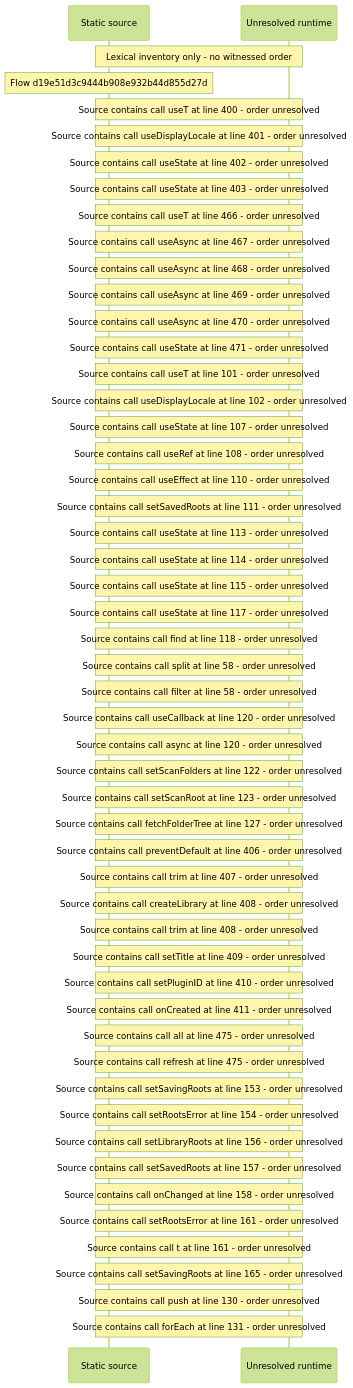
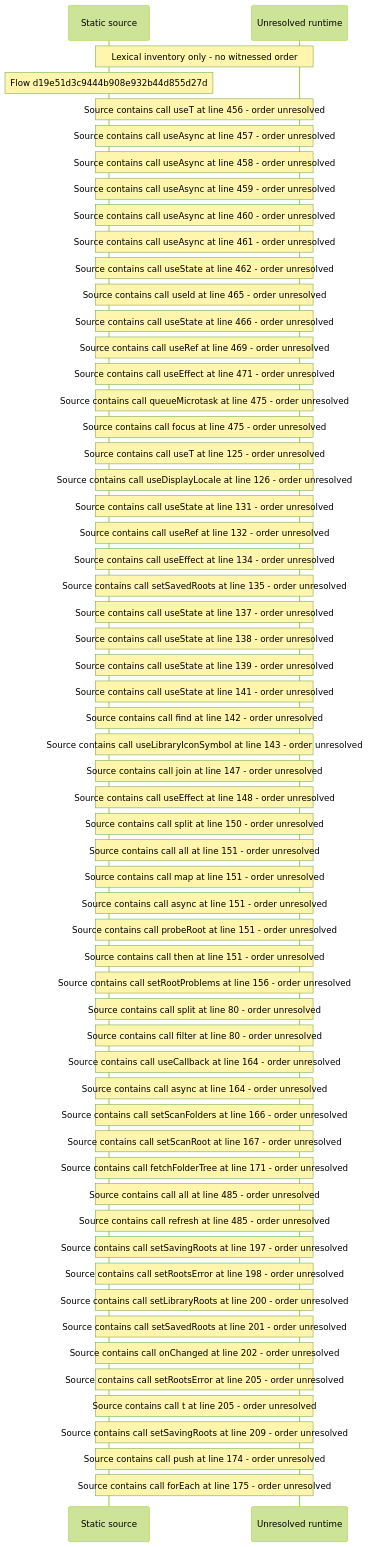
Before and after one commit to beamfall/core: the diagram in docs/web/flows/generated/d19e51d3c9444b908e932b44d855d27d/flow-diagram.md, drawn with Mermaid (forest theme). The commit also changed other lines of this file and 714 other files, not shown here.

Commit message:
Regenerate the web flow record on the batch 5 head (CORE-1762)

````diff
--- a/docs/web/flows/generated/d19e51d3c9444b908e932b44d855d27d/flow-diagram.md
+++ b/docs/web/flows/generated/d19e51d3c9444b908e932b44d855d27d/flow-diagram.md
@@ -10,54 +10,60 @@
 ```mermaid
 sequenceDiagram
     participant S as Static source
     participant U as Unresolved runtime
     Note over S,U: Lexical inventory only - no witnessed order
     Note over S: Flow d19e51d3c9444b908e932b44d855d27d
-    Note over S,U: Source contains call useT at line 400 - order unresolved
-    Note over S,U: Source contains call useDisplayLocale at line 401 - order unresolved
-    Note over S,U: Source contains call useState at line 402 - order unresolved
-    Note over S,U: Source contains call useState at line 403 - order unresolved
-    Note over S,U: Source contains call useT at line 466 - order unresolved
-    Note over S,U: Source contains call useAsync at line 467 - order unresolved
-    Note over S,U: Source contains call useAsync at line 468 - order unresolved
-    Note over S,U: Source contains call useAsync at line 469 - order unresolved
-    Note over S,U: Source contains call useAsync at line 470 - order unresolved
-    Note over S,U: Source contains call useState at line 471 - order unresolved
-    Note over S,U: Source contains call useT at line 101 - order unresolved
-    Note over S,U: Source contains call useDisplayLocale at line 102 - order unresolved
-    Note over S,U: Source contains call useState at line 107 - order unresolved
-    Note over S,U: Source contains call useRef at line 108 - order unresolved
-    Note over S,U: Source contains call useEffect at line 110 - order unresolved
-    Note over S,U: Source contains call setSavedRoots at line 111 - order unresolved
-    Note over S,U: Source contains call useState at line 113 - order unresolved
-    Note over S,U: Source contains call useState at line 114 - order unresolved
-    Note over S,U: Source contains call useState at line 115 - order unresolved
-    Note over S,U: Source contains call useState at line 117 - order unresolved
-    Note over S,U: Source contains call find at line 118 - order unresolved
-    Note over S,U: Source contains call split at line 58 - order unresolved
-    Note over S,U: Source contains call filter at line 58 - order unresolved
-    Note over S,U: Source contains call useCallback at line 120 - order unresolved
-    Note over S,U: Source contains call async at line 120 - order unresolved
-    Note over S,U: Source contains call setScanFolders at line 122 - order unresolved
-    Note over S,U: Source contains call setScanRoot at line 123 - order unresolved
-    Note over S,U: Source contains call fetchFolderTree at line 127 - order unresolved
-    Note over S,U: Source contains call preventDefault at line 406 - order unresolved
-    Note over S,U: Source contains call trim at line 407 - order unresolved
-    Note over S,U: Source contains call createLibrary at line 408 - order unresolved
-    Note over S,U: Source contains call trim at line 408 - order unresolved
-    Note over S,U: Source contains call setTitle at line 409 - order unresolved
-    Note over S,U: Source contains call setPluginID at line 410 - order unresolved
-    Note over S,U: Source contains call onCreated at line 411 - order unresolved
-    Note over S,U: Source contains call all at line 475 - order unresolved
-    Note over S,U: Source contains call refresh at line 475 - order unresolved
-    Note over S,U: Source contains call setSavingRoots at line 153 - order unresolved
-    Note over S,U: Source contains call setRootsError at line 154 - order unresolved
-    Note over S,U: Source contains call setLibraryRoots at line 156 - order unresolved
-    Note over S,U: Source contains call setSavedRoots at line 157 - order unresolved
-    Note over S,U: Source contains call onChanged at line 158 - order unresolved
-    Note over S,U: Source contains call setRootsError at line 161 - order unresolved
-    Note over S,U: Source contains call t at line 161 - order unresolved
-    Note over S,U: Source contains call setSavingRoots at line 165 - order unresolved
-    Note over S,U: Source contains call push at line 130 - order unresolved
-    Note over S,U: Source contains call forEach at line 131 - order unresolved
+    Note over S,U: Source contains call useT at line 456 - order unresolved
+    Note over S,U: Source contains call useAsync at line 457 - order unresolved
+    Note over S,U: Source contains call useAsync at line 458 - order unresolved
+    Note over S,U: Source contains call useAsync at line 459 - order unresolved
+    Note over S,U: Source contains call useAsync at line 460 - order unresolved
+    Note over S,U: Source contains call useAsync at line 461 - order unresolved
+    Note over S,U: Source contains call useState at line 462 - order unresolved
+    Note over S,U: Source contains call useId at line 465 - order unresolved
+    Note over S,U: Source contains call useState at line 466 - order unresolved
+    Note over S,U: Source contains call useRef at line 469 - order unresolved
+    Note over S,U: Source contains call useEffect at line 471 - order unresolved
+    Note over S,U: Source contains call queueMicrotask at line 475 - order unresolved
+    Note over S,U: Source contains call focus at line 475 - order unresolved
+    Note over S,U: Source contains call useT at line 125 - order unresolved
+    Note over S,U: Source contains call useDisplayLocale at line 126 - order unresolved
+    Note over S,U: Source contains call useState at line 131 - order unresolved
+    Note over S,U: Source contains call useRef at line 132 - order unresolved
+    Note over S,U: Source contains call useEffect at line 134 - order unresolved
+    Note over S,U: Source contains call setSavedRoots at line 135 - order unresolved
+    Note over S,U: Source contains call useState at line 137 - order unresolved
+    Note over S,U: Source contains call useState at line 138 - order unresolved
+    Note over S,U: Source contains call useState at line 139 - order unresolved
+    Note over S,U: Source contains call useState at line 141 - order unresolved
+    Note over S,U: Source contains call find at line 142 - order unresolved
+    Note over S,U: Source contains call useLibraryIconSymbol at line 143 - order unresolved
+    Note over S,U: Source contains call join at line 147 - order unresolved
+    Note over S,U: Source contains call useEffect at line 148 - order unresolved
+    Note over S,U: Source contains call split at line 150 - order unresolved
+    Note over S,U: Source contains call all at line 151 - order unresolved
+    Note over S,U: Source contains call map at line 151 - order unresolved
+    Note over S,U: Source contains call async at line 151 - order unresolved
+    Note over S,U: Source contains call probeRoot at line 151 - order unresolved
+    Note over S,U: Source contains call then at line 151 - order unresolved
+    Note over S,U: Source contains call setRootProblems at line 156 - order unresolved
+    Note over S,U: Source contains call split at line 80 - order unresolved
+    Note over S,U: Source contains call filter at line 80 - order unresolved
+    Note over S,U: Source contains call useCallback at line 164 - order unresolved
+    Note over S,U: Source contains call async at line 164 - order unresolved
+    Note over S,U: Source contains call setScanFolders at line 166 - order unresolved
+    Note over S,U: Source contains call setScanRoot at line 167 - order unresolved
+    Note over S,U: Source contains call fetchFolderTree at line 171 - order unresolved
+    Note over S,U: Source contains call all at line 485 - order unresolved
+    Note over S,U: Source contains call refresh at line 485 - order unresolved
+    Note over S,U: Source contains call setSavingRoots at line 197 - order unresolved
+    Note over S,U: Source contains call setRootsError at line 198 - order unresolved
+    Note over S,U: Source contains call setLibraryRoots at line 200 - order unresolved
+    Note over S,U: Source contains call setSavedRoots at line 201 - order unresolved
+    Note over S,U: Source contains call onChanged at line 202 - order unresolved
+    Note over S,U: Source contains call setRootsError at line 205 - order unresolved
+    Note over S,U: Source contains call t at line 205 - order unresolved
+    Note over S,U: Source contains call setSavingRoots at line 209 - order unresolved
+    Note over S,U: Source contains call push at line 174 - order unresolved
+    Note over S,U: Source contains call forEach at line 175 - order unresolved
 ```
````
